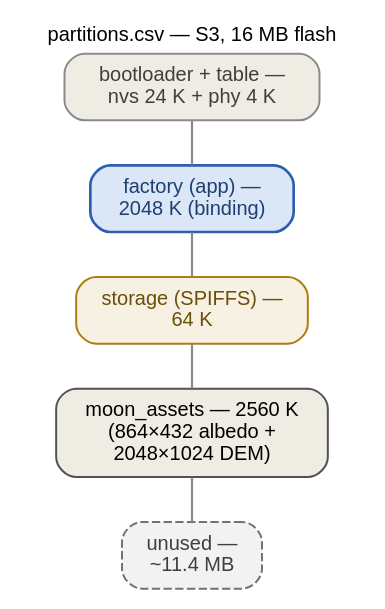
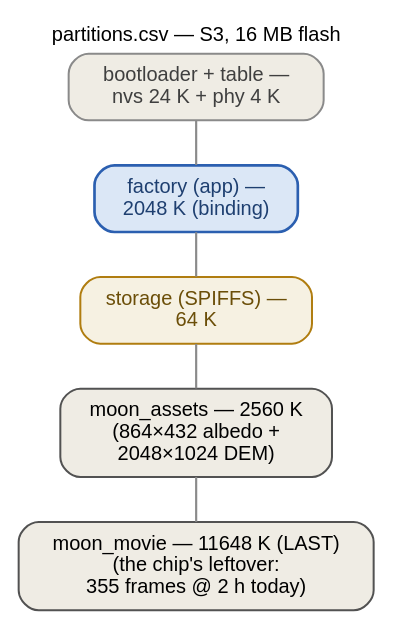
One commit to ukos-git/moon-clock-esp changed the diagram in docs/_graphs/partition-s3.dot. Above: the diagram before and after it, drawn with Graphviz. The commit also changed 13 other files, not shown here.

```diff
--- a/docs/_graphs/partition-s3.dot
+++ b/docs/_graphs/partition-s3.dot
@@ -1,40 +1,42 @@
 // S3 (16 MB flash) partition layout — partitions.csv, verified
 // against the tracked CSV before drawing: bootloader + partition
 // table (nvs 24 K + phy 4 K), factory app 2048 K (the binding
 // constraint of the family), storage SPIFFS 64 K, moon_assets
 // 2560 K (864x432 albedo + 2048x1024 DEM = 2,470,400 B combined),
-// then unused. The table ends at 4736 K including the 64 K prefix;
-// ~11.4 MB stays unused. The build-time partition-fit guard prices
-// the blob against this row (assets-pipeline-guards.dot).
+// moon_movie 11648 K — the LAST row, owning the chip's leftover
+// (one synodic cycle of q90 gray JPEGs; 355 frames @ 2 h =
+// 10,264,284 B today). The table fills the whole 16384 K chip
+// including the 64 K prefix. The build-time partition-fit guard
+// prices the asset blob against the moon_assets row and the movie
+// against the moon_movie row (assets-pipeline-guards.dot).
 // FONTS: 12 pt = the page's 16 px body text at 1:1 — kept inside the
 // content column.
 // Rendered inline as SVG by sphinx.ext.graphviz (dot on PATH).
 digraph partitions_s3 {
     rankdir=TB;
     label="partitions.csv — S3, 16 MB flash";
     labelloc="t"; labeljust="c";
     fontname="Helvetica"; fontsize=12;
     graph [nodesep=0.4, ranksep=0.38];
     node [fontname="Helvetica", fontsize=12, shape=box, style="rounded,filled",
           width=0, height=0, margin="0.16,0.10", fillcolor="#f2f2ef",
           color="#525252", penwidth=1.2];
     edge [fontname="Helvetica", fontsize=12, color="#8a8a8a", penwidth=1.3,
           arrowhead=none];
 
     boot    [label="bootloader + table —\nnvs 24 K + phy 4 K",
              fillcolor="#efece4", color="#8a8a8a", fontcolor="#3f3f3f"];
     factory [label="factory (app) —\n2048 K (binding)",
              fillcolor="#dbe7f6", color="#2b5fb0", fontcolor="#1e3f70", penwidth=1.6];
     storage [label="storage (SPIFFS) —\n64 K",
              fillcolor="#f6f1e2", color="#b07d10", fontcolor="#6b4e08"];
     assets  [label="moon_assets — 2560 K\n(864×432 albedo +\n2048×1024 DEM)",
              fillcolor="#efece4"];
-    free    [label="unused —\n~11.4 MB",
-             fillcolor="#f2f2f2", color="#6b7280", fontcolor="#3f3f3f",
-             style="rounded,filled,dashed"];
+    movie   [label="moon_movie — 11648 K (LAST)\n(the chip's leftover:\n355 frames @ 2 h today)",
+             fillcolor="#efece4"];
 
     boot -> factory;
     factory -> storage;
     storage -> assets;
-    assets -> free;
+    assets -> movie;
 }
```
